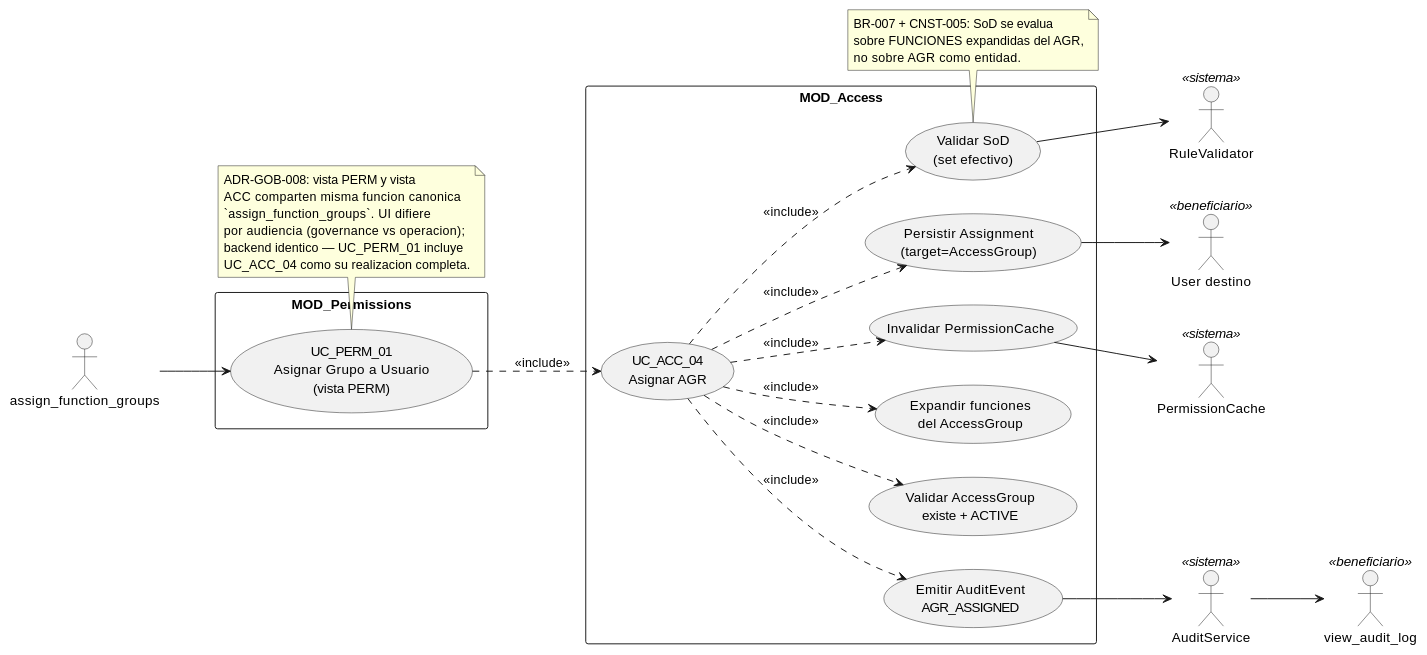
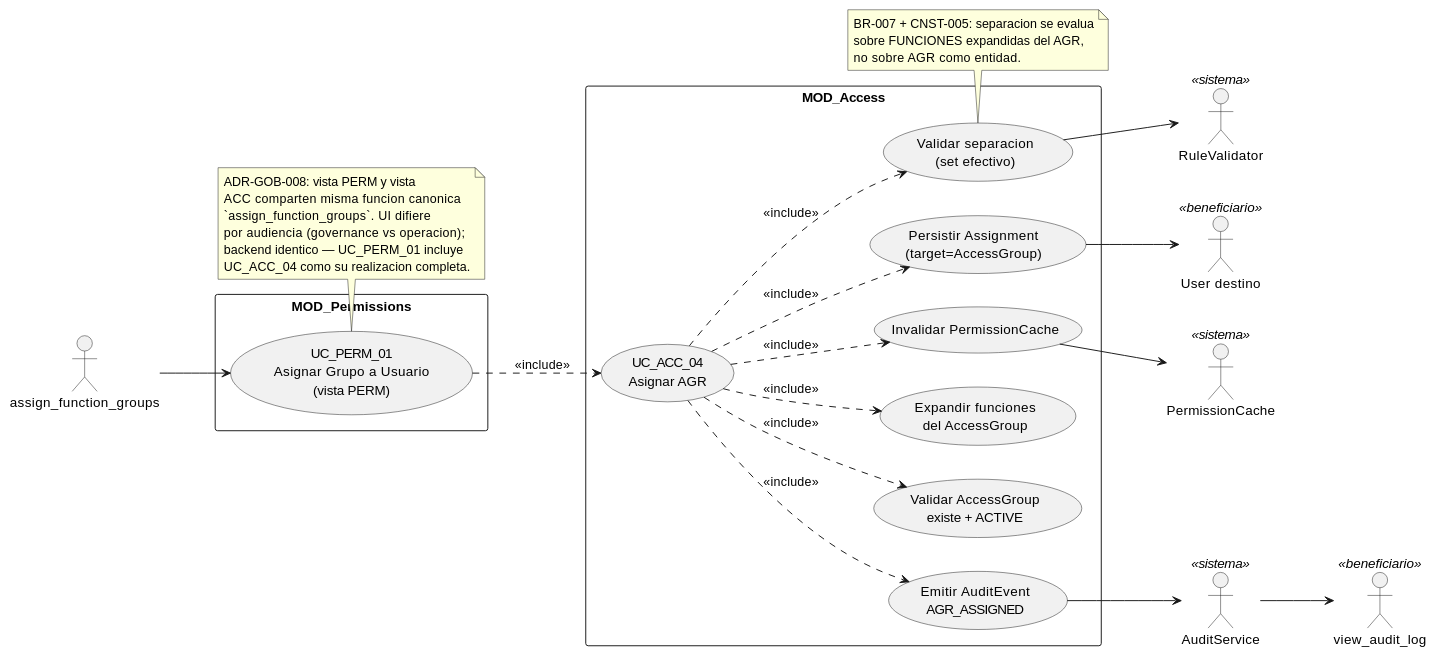
The diagram in source/requisitos/casos-uso/permissions/uc-perm-01/diagramas-uml/diagrama-de-caso-de-uso.rst (jcg-admin/IACT-docs), drawn with PlantUML before and after one commit. The commit also changed other lines of this file and 148 other files, not shown here.

```diff
--- a/source/requisitos/casos-uso/permissions/uc-perm-01/diagramas-uml/diagrama-de-caso-de-uso.rst
+++ b/source/requisitos/casos-uso/permissions/uc-perm-01/diagramas-uml/diagrama-de-caso-de-uso.rst
@@ -4,59 +4,59 @@
 .. uml::
  :caption: UC_PERM_01 — vista PERM de UC_ACC_04
 
  @startuml
 
  left to right direction
 
  actor "assign_function_groups" as INVOKER
  actor "User destino" as TARGET <<beneficiario>>
  actor "view_audit_log" as view_audit_log <<beneficiario>>
  actor "RuleValidator" as RV <<sistema>>
  actor "PermissionCache" as PC <<sistema>>
  actor "AuditService" as AS <<sistema>>
 
  rectangle "MOD_Permissions" {
    usecase "UC_PERM_01\nAsignar Grupo a Usuario\n(vista PERM)" as UC_PERM_01
  }
 
  rectangle "MOD_Access" {
    usecase "UC_ACC_04\nAsignar AGR" as UC_ACC_04
    usecase "Validar AccessGroup\nexiste + ACTIVE" as VALIDAR_AGRUPADOR
    usecase "Expandir funciones\ndel AccessGroup" as EXPANDIR
-   usecase "Validar SoD\n(set efectivo)" as VALIDAR_SOD
+   usecase "Validar separacion\n(set efectivo)" as VALIDAR_SEPARATION_RULES
    usecase "Persistir Assignment\n(target=AccessGroup)" as PERSISTIR
    usecase "Invalidar PermissionCache" as CACHE_INV
    usecase "Emitir AuditEvent\nAGR_ASSIGNED" as AUDIT
  }
 
  INVOKER --> UC_PERM_01
  UC_PERM_01 ..> UC_ACC_04 : <<include>>
  UC_ACC_04 ..> VALIDAR_AGRUPADOR : <<include>>
  UC_ACC_04 ..> EXPANDIR : <<include>>
- UC_ACC_04 ..> VALIDAR_SOD : <<include>>
+ UC_ACC_04 ..> VALIDAR_SEPARATION_RULES : <<include>>
  UC_ACC_04 ..> PERSISTIR : <<include>>
  UC_ACC_04 ..> CACHE_INV : <<include>>
  UC_ACC_04 ..> AUDIT : <<include>>
 
- VALIDAR_SOD --> RV
+ VALIDAR_SEPARATION_RULES --> RV
  CACHE_INV --> PC
  AUDIT --> AS
  AS --> view_audit_log
  PERSISTIR --> TARGET
 
  note bottom of UC_PERM_01
    ADR-GOB-008: vista PERM y vista
    ACC comparten misma funcion canonica
    `assign_function_groups`. UI difiere
    por audiencia (governance vs operacion);
    backend identico — UC_PERM_01 incluye
    UC_ACC_04 como su realizacion completa.
  end note
 
- note bottom of VALIDAR_SOD
-   BR-007 + CNST-005: SoD se evalua
+ note bottom of VALIDAR_SEPARATION_RULES
+   BR-007 + CNST-005: separacion se evalua
    sobre FUNCIONES expandidas del AGR,
    no sobre AGR como entidad.
  end note
 
  @enduml
```
